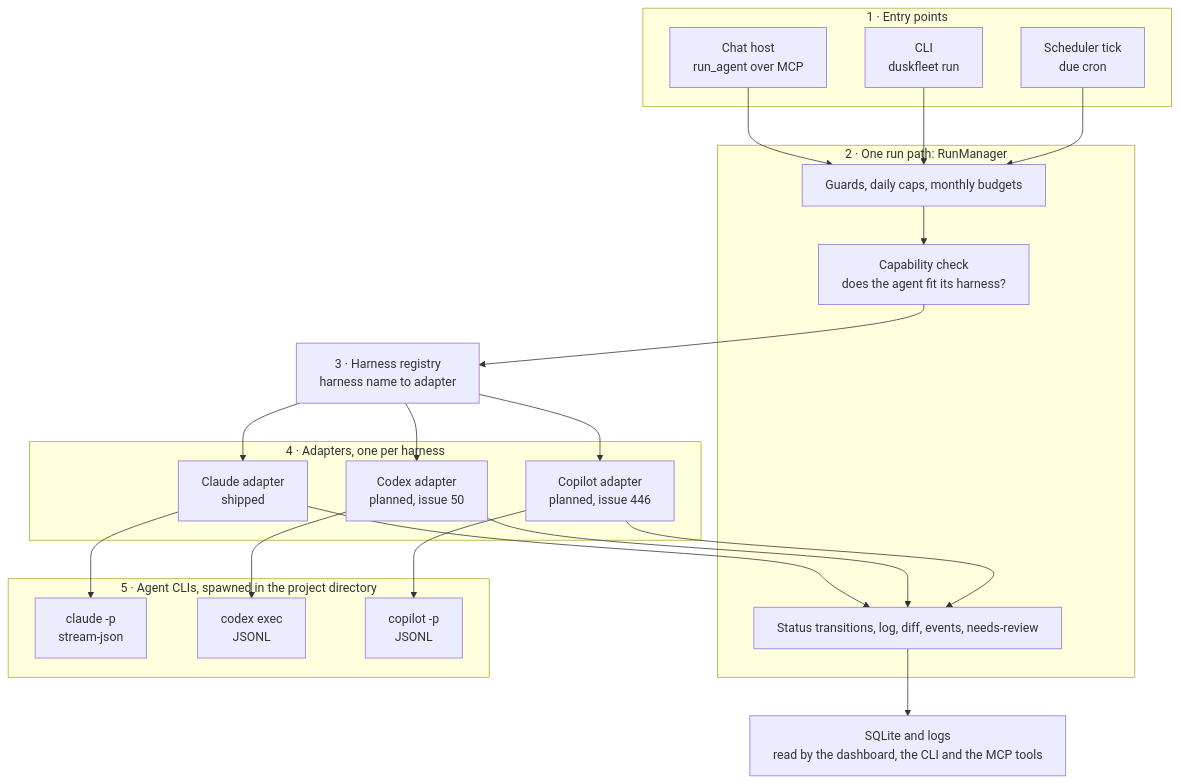
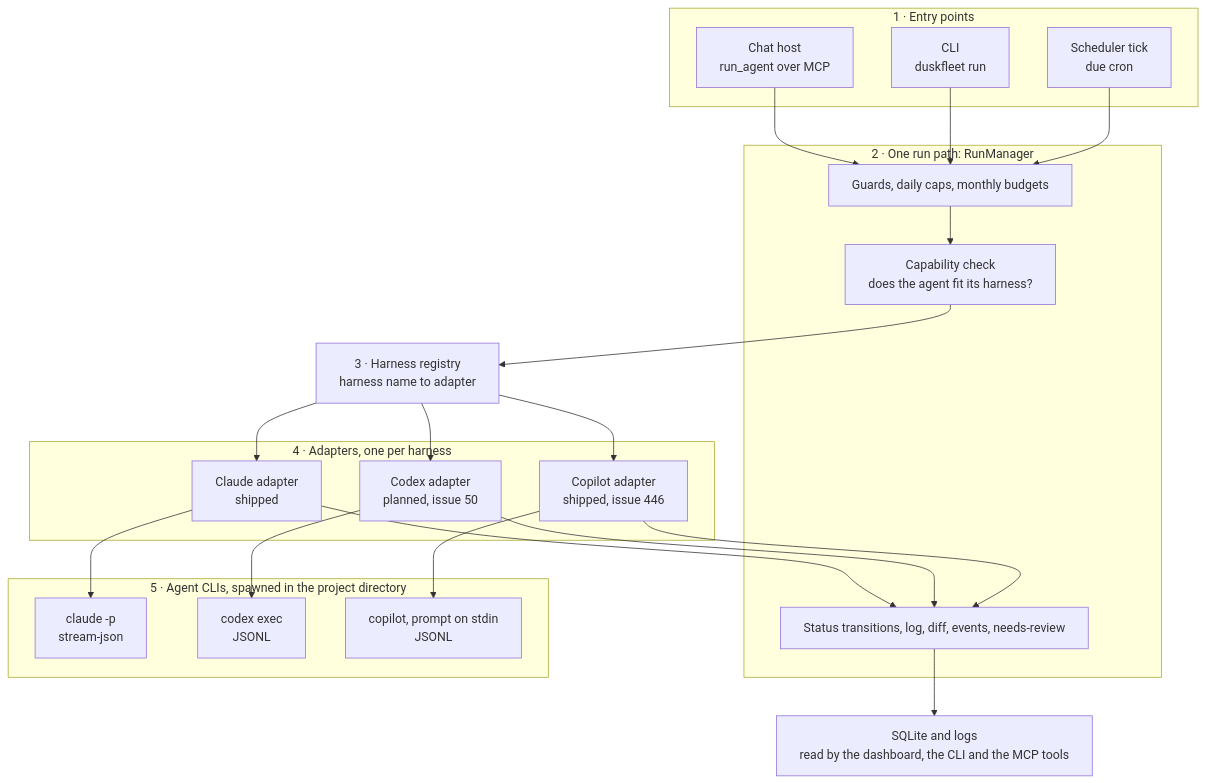
Before and after one commit to duskfleet/duskfleet: the first of 5 diagrams in docs/harnesses.md, drawn with Mermaid. The commit also changed other lines of this file and 47 other files, not shown here.

````diff
--- a/docs/harnesses.md
+++ b/docs/harnesses.md
@@ -21,47 +21,47 @@
 ```mermaid
 %%{init: {"flowchart": {"wrappingWidth": 420}}}%%
 flowchart TB
     subgraph entry ["1 · Entry points"]
         chat["Chat host<br/>run_agent over MCP"]
         cli["CLI<br/>duskfleet run"]
         sched["Scheduler tick<br/>due cron"]
     end
 
     subgraph core ["2 · One run path: RunManager"]
         guards["Guards, daily caps, monthly budgets"]
         fit["Capability check<br/>does the agent fit its harness?"]
         life["Status transitions, log, diff, events, needs-review"]
     end
 
     registry["3 · Harness registry<br/>harness name to adapter"]
 
     subgraph adapters ["4 · Adapters, one per harness"]
         a1["Claude adapter<br/>shipped"]
         a2["Codex adapter<br/>planned, issue 50"]
-        a3["Copilot adapter<br/>planned, issue 446"]
+        a3["Copilot adapter<br/>shipped, issue 446"]
     end
 
     subgraph clis ["5 · Agent CLIs, spawned in the project directory"]
         c1["claude -p<br/>stream-json"]
         c2["codex exec<br/>JSONL"]
-        c3["copilot -p<br/>JSONL"]
+        c3["copilot, prompt on stdin<br/>JSONL"]
     end
 
     store["SQLite and logs<br/>read by the dashboard, the CLI and the MCP tools"]
 
     chat --> guards
     cli --> guards
     sched --> guards
     guards --> fit
     fit --> registry
     registry --> a1
     registry --> a2
     registry --> a3
     a1 --> c1
     a2 --> c2
     a3 --> c3
     a1 --> life
     a2 --> life
     a3 --> life
     life --> store
 ```
````
